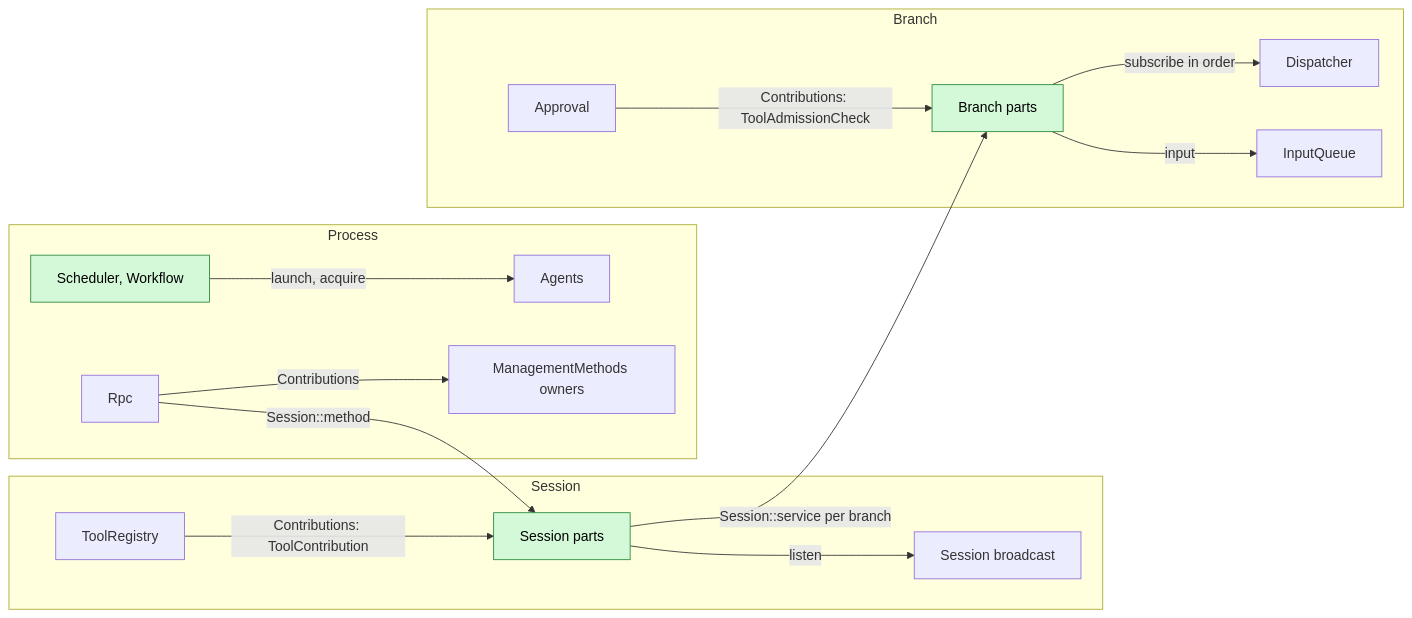
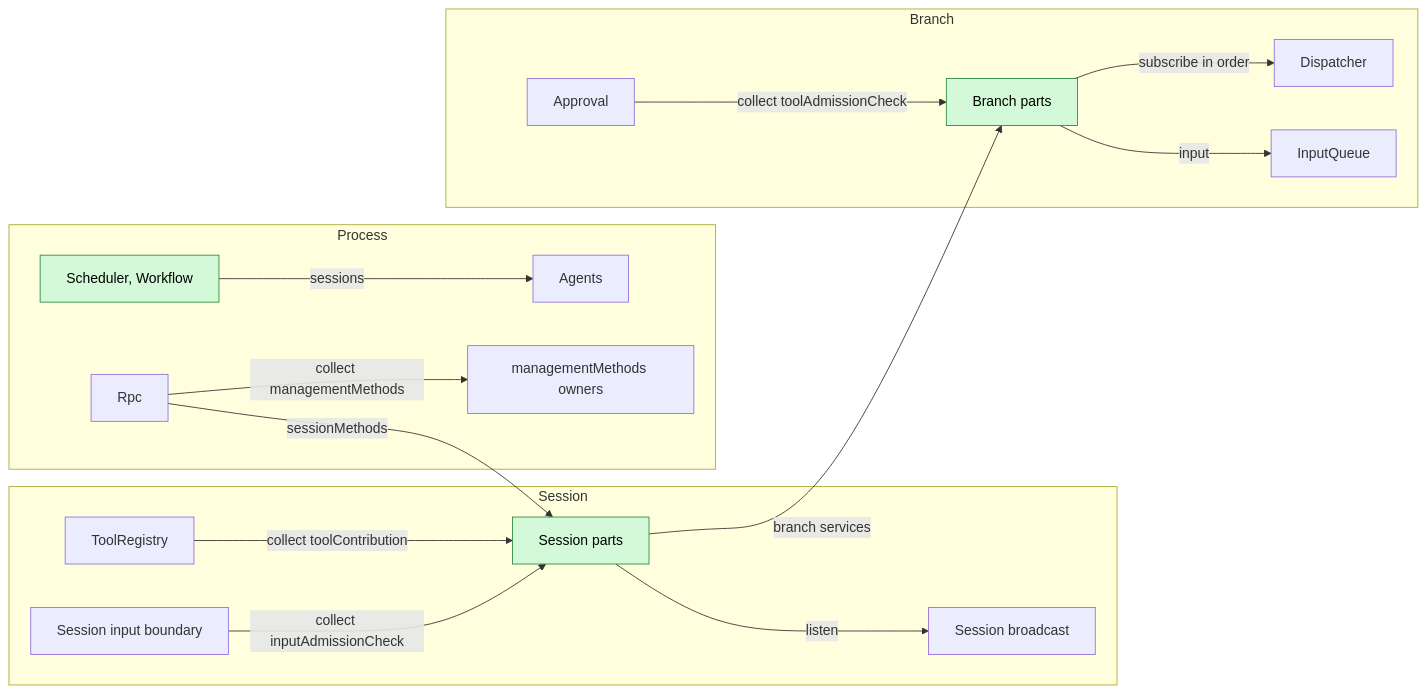
The second of 8 diagrams in docs/design/overview.md (CoutinhoTTS/dim-agent), drawn with Mermaid before and after one commit. The commit also changed other lines of this file and 3 other files, not shown here.

Commit message:
docs(design): language-neutral contracts, input admission and node-offline rule in ADR 002, overview and contracts

````diff
--- a/docs/design/overview.md
+++ b/docs/design/overview.md
@@ -105,31 +106,33 @@
 ```mermaid
 flowchart LR
   classDef new fill:#d3f9d8,stroke:#2b8a3e,color:#000
 
   subgraph PROC["Process"]
     Rpc["Rpc"]
     Agents["Agents"]
     SchedP["Scheduler, Workflow"]:::new
-    MM["ManagementMethods owners"]
+    MM["managementMethods owners"]
   end
   subgraph SES["Session"]
     TR["ToolRegistry"]
     BC["Session broadcast"]
+    IB["Session input boundary"]
     SP["Session parts"]:::new
   end
   subgraph BR["Branch"]
     AP["Approval"]
     DP["Dispatcher"]
     IQ["InputQueue"]
     BP["Branch parts"]:::new
   end
-  Rpc -->|"Contributions"| MM
-  Rpc -->|"Session::method"| SP
-  TR -->|"Contributions: ToolContribution"| SP
+  Rpc -->|"collect managementMethods"| MM
+  Rpc -->|"sessionMethods"| SP
+  TR -->|"collect toolContribution"| SP
+  IB -->|"collect inputAdmissionCheck"| SP
   SP -->|"listen"| BC
-  AP -->|"Contributions: ToolAdmissionCheck"| BP
+  AP -->|"collect toolAdmissionCheck"| BP
   BP -->|"subscribe in order"| DP
   BP -->|"input"| IQ
-  SchedP -->|"launch, acquire"| Agents
-  SP -->|"Session::service per branch"| BP
+  SchedP -->|"sessions"| Agents
+  SP -->|"branch services"| BP
 ```
````
